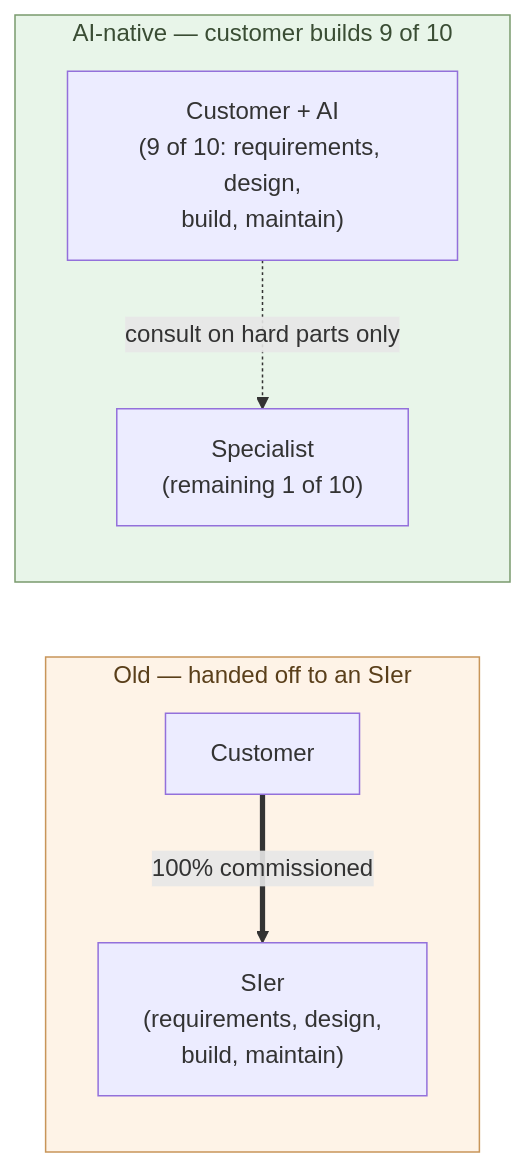
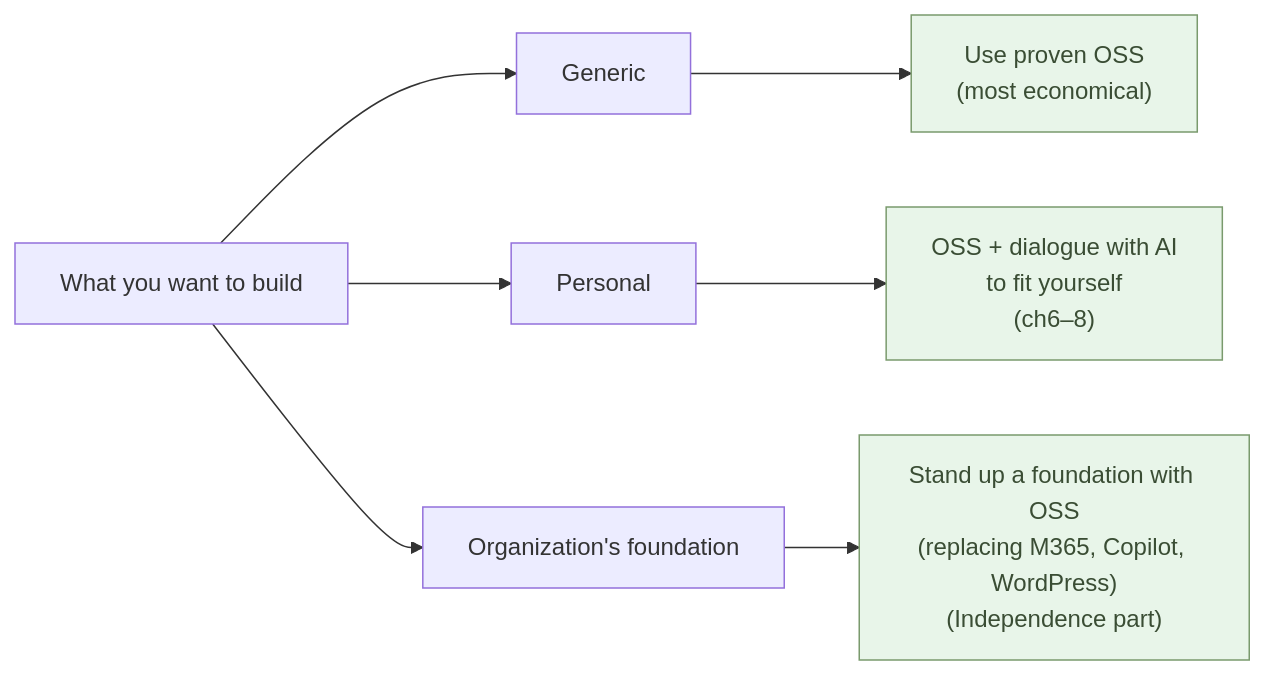
One commit to aiseed-dev/website changed the diagram in articles/ai-native-ways/software/05-customer-codev/en.md. Above: the diagram before and after it, drawn with Mermaid. The commit also changed other lines of this file and 2 other files, not shown here.

````diff
--- a/articles/ai-native-ways/software/05-customer-codev/en.md
+++ b/articles/ai-native-ways/software/05-customer-codev/en.md
@@ -52,21 +33,13 @@
 ```mermaid
 flowchart LR
-  subgraph Old["Old — handed off to an SIer"]
-    direction TB
-    OC["Customer"]
-    OS["SIer<br/>(requirements, design,<br/>build, maintain)"]
-    OC ==>|100% commissioned| OS
-  end
-
-  subgraph New["AI-native — customer builds 9 of 10"]
-    direction TB
-    NC["Customer + AI<br/>(9 of 10: requirements, design,<br/>build, maintain)"]
-    NA["Specialist<br/>(remaining 1 of 10)"]
-    NC -.->|consult on hard parts only| NA
-  end
+  Need["What you want to build"]
+  Need --> G["Generic"]
+  Need --> P["Personal"]
+  Need --> O["Organization's foundation"]
+  G --> GA["Use proven OSS<br/>(most economical)"]
+  P --> PA["OSS + dialogue with AI<br/>to fit yourself<br/>(ch6–8)"]
+  O --> OA["Stand up a foundation with OSS<br/>(replacing M365, Copilot, WordPress)<br/>(Independence part)"]
 
   classDef good fill:#e8f5e9,stroke:#7a9a6d,color:#3a4d34
-  classDef bad fill:#fef3e7,stroke:#c89559,color:#5a3f1a
-  class New good
-  class Old bad
+  class GA,PA,OA good
 ```
````
